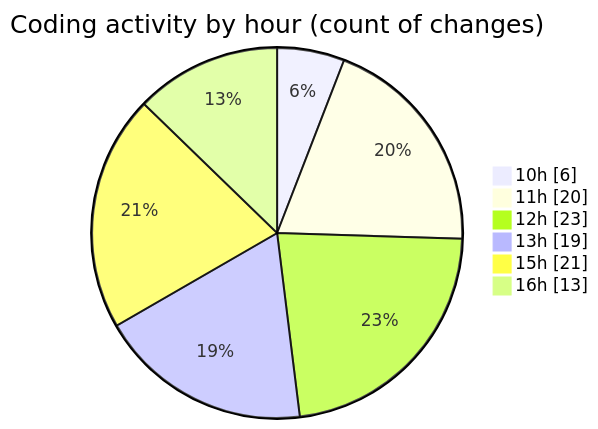
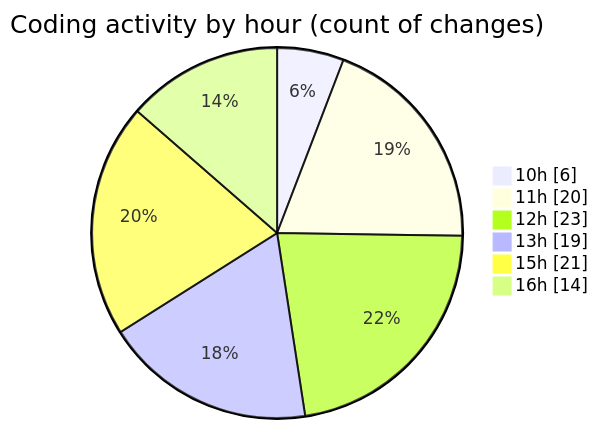
Before and after one commit to nxtqubesakshisongat/code-tracking: the second of 2 diagrams in 2025-05-05/nxtqube_webapp/README.md, drawn with Mermaid. The commit also changed other lines of this file and 1 other file, not shown here.

````diff
--- a/2025-05-05/nxtqube_webapp/README.md
+++ b/2025-05-05/nxtqube_webapp/README.md
@@ -32,10 +32,10 @@
 ```mermaid
 pie showData
 title Coding activity by hour (count of changes)
 "10h" : 6
 "11h" : 20
 "12h" : 23
 "13h" : 19
 "15h" : 21
-"16h" : 13
+"16h" : 14
 ```
````
